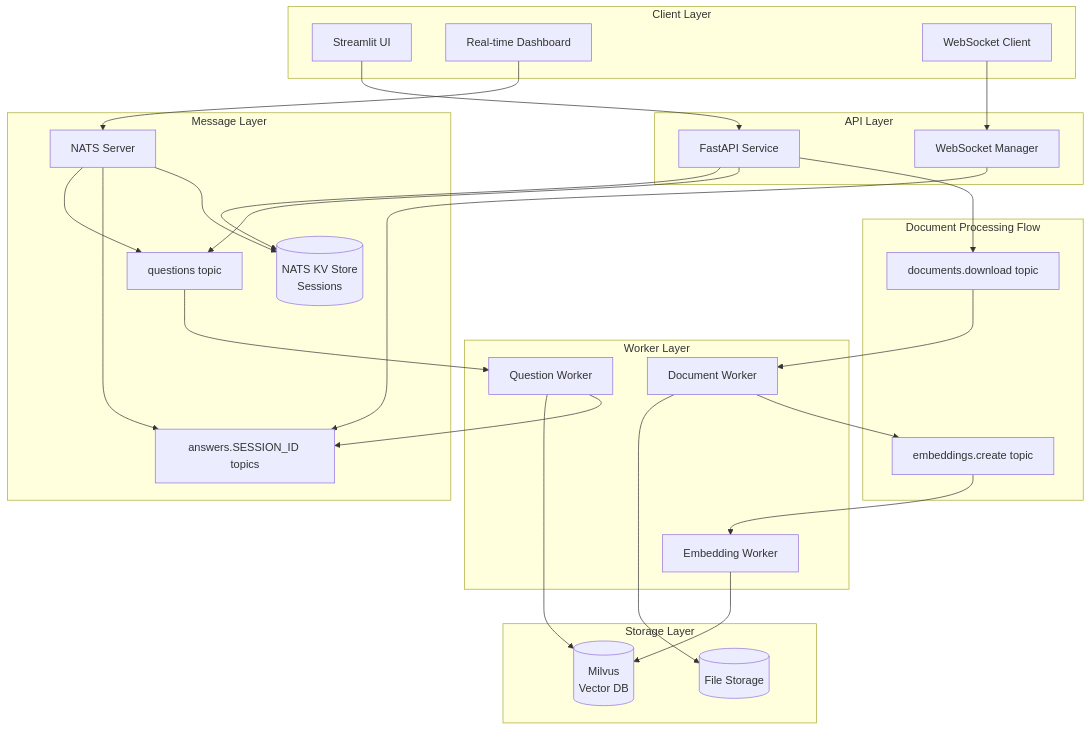
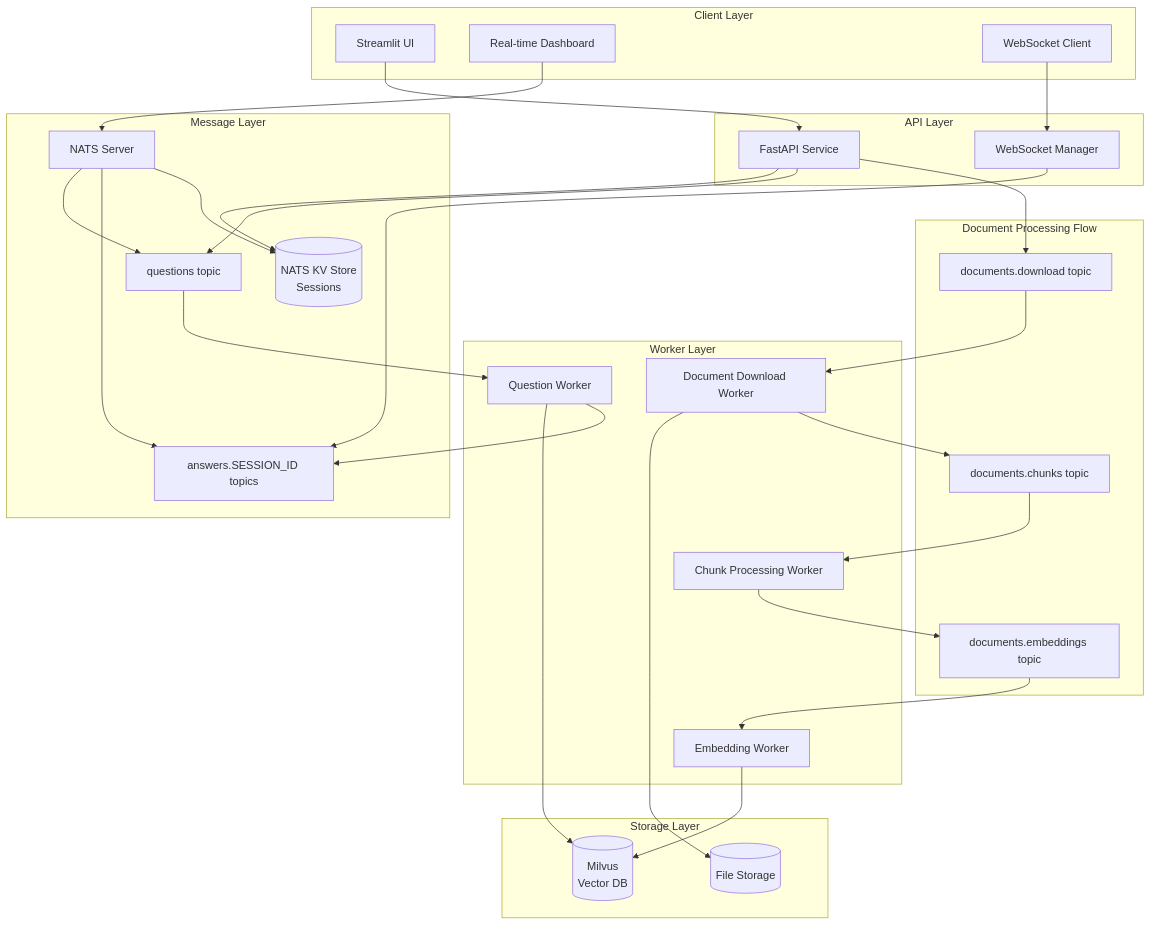
Before and after one commit to darthapple/rag-101: the first of 2 diagrams in docs/PRD.md, drawn with Mermaid. The commit also changed other lines of this file and 1 other file, not shown here.

````diff
--- a/docs/PRD.md
+++ b/docs/PRD.md
@@ -19,64 +19,68 @@
 ```mermaid
 graph TB
     subgraph "Client Layer"
         UI[Streamlit UI]
         DASH[Real-time Dashboard]
         WS[WebSocket Client]
     end
     
     subgraph "API Layer"
         API[FastAPI Service]
         WSM[WebSocket Manager]
     end
     
     subgraph "Message Layer"
         NATS[NATS Server]
         KV[(NATS KV Store<br/>Sessions)]
         QT[questions topic]
         AT[answers.SESSION_ID topics]
     end
     
     subgraph "Worker Layer"
         QW[Question Worker]
-        DW[Document Worker]
+        DW[Document Download Worker]
+        CW[Chunk Processing Worker]
         EW[Embedding Worker]
     end
     
     subgraph "Storage Layer"
         VECTOR[(Milvus<br/>Vector DB)]
         FILES[(File Storage)]
     end
     
     subgraph "Document Processing Flow"
         DT[documents.download topic]
-        ET[embeddings.create topic]
+        CT[documents.chunks topic]
+        ET[documents.embeddings topic]
     end
     
     %% User Interactions
     UI --> API
     WS --> WSM
     DASH --> NATS
     
     %% API Operations
     API --> KV
     API --> QT
     API --> DT
     WSM --> AT
     
     %% Worker Processing - Q&A Flow
     QT --> QW
     QW --> VECTOR
     QW --> AT
     
     %% Worker Processing - Document Indexing Flow  
     DT --> DW
     DW --> FILES
-    DW --> ET
+    DW --> CT
+    CT --> CW
+    CW --> ET
     ET --> EW
     EW --> VECTOR
     
     %% Message Flow
     NATS --> QT
     NATS --> AT
     NATS --> KV
 ```
````
